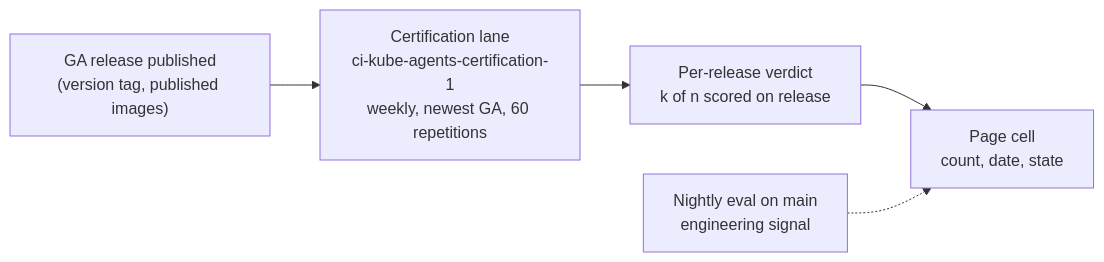
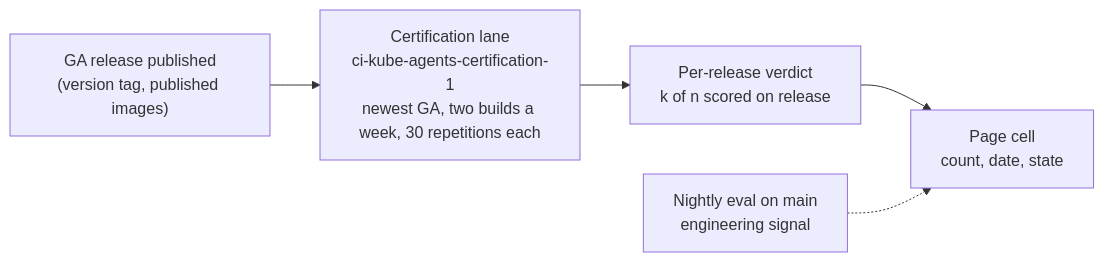
Before and after one commit to gke-labs/kube-agents: the diagram in docs/designs/certified-capabilities.md, drawn with Mermaid. The commit also changed other lines of this file, not shown here.

First line of the commit message:
docs(designs): certified capabilities: cell states on the scorer's outcome, two builds of 30, the owner's rule answers

````diff
--- a/docs/designs/certified-capabilities.md
+++ b/docs/designs/certified-capabilities.md
@@ -85,7 +102,7 @@
 ```mermaid
 flowchart LR
-    GA["GA release published<br/>(version tag, published images)"] --> L["Certification lane<br/>ci-kube-agents-certification-1<br/>weekly, newest GA, 60 repetitions"]
+    GA["GA release published<br/>(version tag, published images)"] --> L["Certification lane<br/>ci-kube-agents-certification-1<br/>newest GA, two builds a week, 30 repetitions each"]
     L --> V["Per-release verdict<br/>k of n scored on release"]
     V --> C["Page cell<br/>count, date, state"]
     N["Nightly eval on main<br/>engineering signal"] -.-> C
 ```
````
